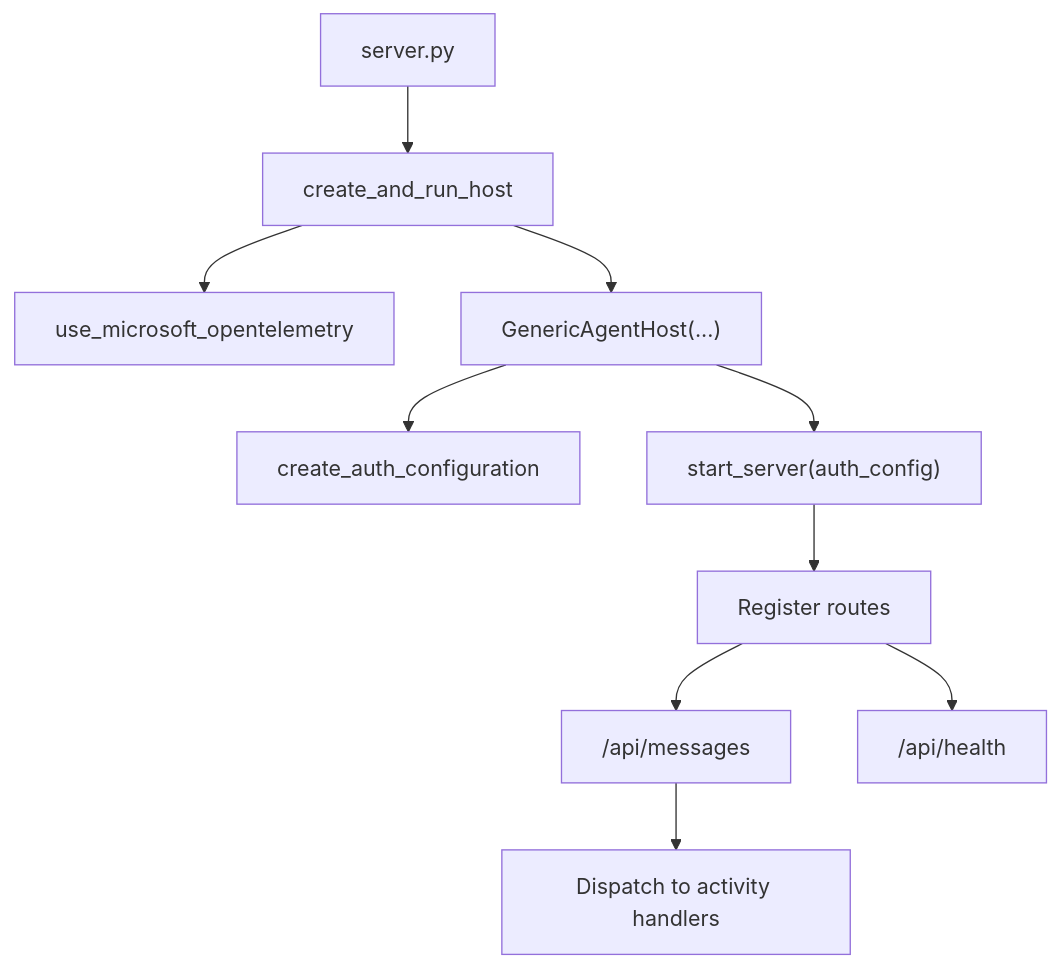
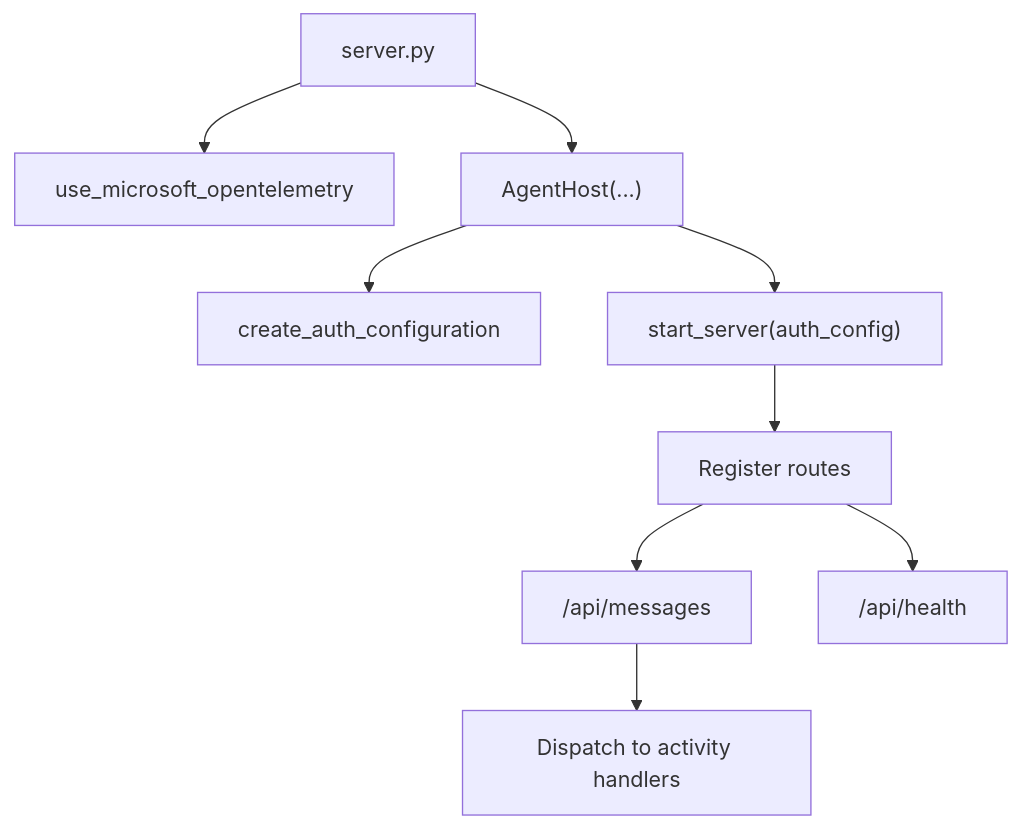
The second of 4 diagrams in agent-365/samples/agent-framework/README.md (joetanx/mslab), drawn with Mermaid before and after one commit. The commit also changed other lines of this file and 6 other files, not shown here.

````diff
--- a/agent-365/samples/agent-framework/README.md
+++ b/agent-365/samples/agent-framework/README.md
@@ -26,12 +26,11 @@
 ```mermaid
 flowchart TD
-    A[server.py] --> B[create_and_run_host]
-    B --> C[use_microsoft_opentelemetry]
-    B --> D["GenericAgentHost(...)"]
+    A[server.py] --> C[use_microsoft_opentelemetry]
+    A --> D["AgentHost(...)"]
     D --> E[create_auth_configuration]
     D --> F["start_server(auth_config)"]
     F --> G[Register routes]
     G --> H["/api/messages"]
     G --> I["/api/health"]
     H --> J[Dispatch to activity handlers]
 ```
````
